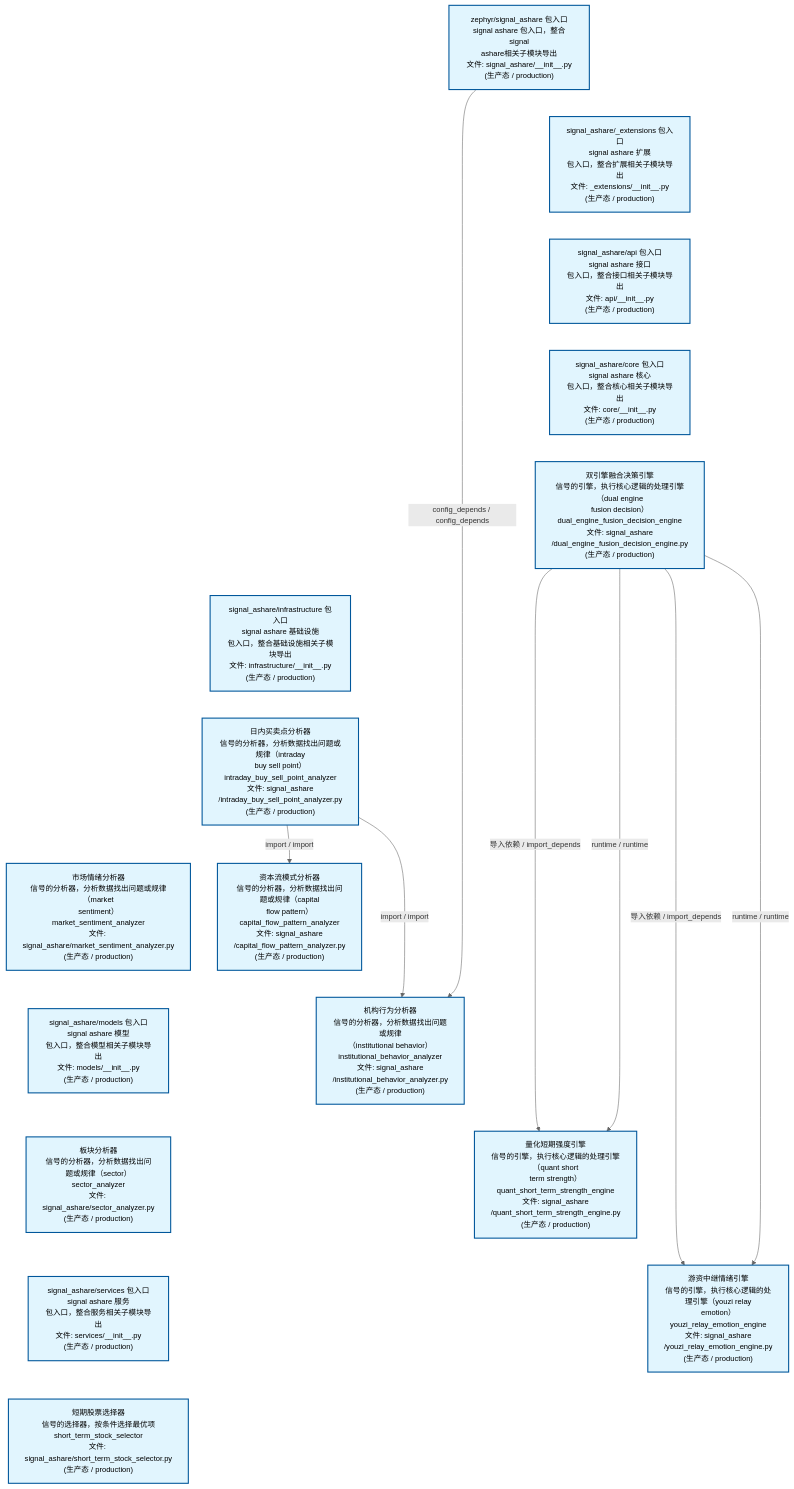
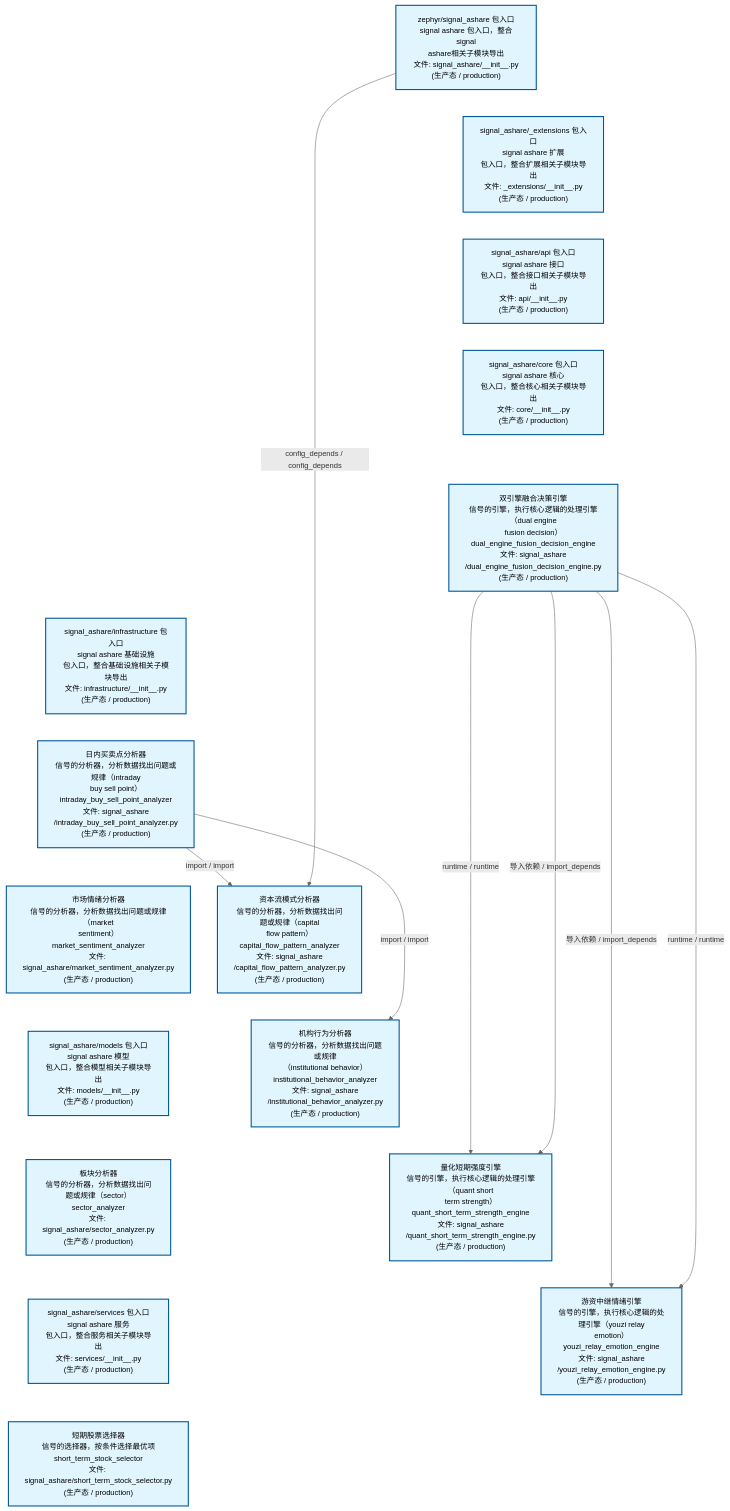
One commit to xuanFelixVan/ZephyrAlpha changed the second of 4 diagrams in docs/02_enterprise_architecture/02_domain_architecture_docs/32_d_ashare_signal.md. Above: the diagram before and after it, drawn with Mermaid. The commit also changed other lines of this file and 41 other files, not shown here.

````diff
--- a/docs/02_enterprise_architecture/02_domain_architecture_docs/32_d_ashare_signal.md
+++ b/docs/02_enterprise_architecture/02_domain_architecture_docs/32_d_ashare_signal.md
@@ -112,46 +112,46 @@
 ```mermaid
 %%{init: {'theme': 'base', 'themeVariables': {'primaryColor': '#eaeaea', 'primaryTextColor': '#333333', 'primaryBorderColor': '#666666', 'lineColor': '#666666', 'secondaryColor': '#eaeaea', 'tertiaryColor': '#eaeaea', 'fontSize': '14px'}}}%%
 flowchart TD
     src_zephyr_signal_ashare_init_py["zephyr/signal_ashare 包入口<br/>signal ashare 包入口，整合signal<br/>ashare相关子模块导出<br/>文件: signal_ashare/__init__.py<br/>(生产态 / production)"]
     src_zephyr_signal_ashare_extensions_init_py["signal_ashare/_extensions 包入口<br/>signal ashare 扩展<br/>包入口，整合扩展相关子模块导出<br/>文件: _extensions/__init__.py<br/>(生产态 / production)"]
     src_zephyr_signal_ashare_api_init_py["signal_ashare/api 包入口<br/>signal ashare 接口<br/>包入口，整合接口相关子模块导出<br/>文件: api/__init__.py<br/>(生产态 / production)"]
     src_zephyr_signal_ashare_core_init_py["signal_ashare/core 包入口<br/>signal ashare 核心<br/>包入口，整合核心相关子模块导出<br/>文件: core/__init__.py<br/>(生产态 / production)"]
     src_zephyr_signal_ashare_dual_engine_fusion_decision_engine_py["双引擎融合决策引擎<br/>信号的引擎，执行核心逻辑的处理引擎（dual engine<br/>fusion decision）<br/>dual_engine_fusion_decision_engine<br/>文件: signal_ashare<br/>/dual_engine_fusion_decision_engine.py<br/>(生产态 / production)"]
     src_zephyr_signal_ashare_infrastructure_init_py["signal_ashare/infrastructure 包入口<br/>signal ashare 基础设施<br/>包入口，整合基础设施相关子模块导出<br/>文件: infrastructure/__init__.py<br/>(生产态 / production)"]
     src_zephyr_signal_ashare_intraday_buy_sell_point_analyzer_py["日内买卖点分析器<br/>信号的分析器，分析数据找出问题或规律（intraday<br/>buy sell point）<br/>intraday_buy_sell_point_analyzer<br/>文件: signal_ashare<br/>/intraday_buy_sell_point_analyzer.py<br/>(生产态 / production)"]
     src_zephyr_signal_ashare_market_sentiment_analyzer_py["市场情绪分析器<br/>信号的分析器，分析数据找出问题或规律（market<br/>sentiment）<br/>market_sentiment_analyzer<br/>文件: signal_ashare/market_sentiment_analyzer.py<br/>(生产态 / production)"]
     src_zephyr_signal_ashare_models_init_py["signal_ashare/models 包入口<br/>signal ashare 模型<br/>包入口，整合模型相关子模块导出<br/>文件: models/__init__.py<br/>(生产态 / production)"]
     src_zephyr_signal_ashare_sector_analyzer_py["板块分析器<br/>信号的分析器，分析数据找出问题或规律（sector）<br/>sector_analyzer<br/>文件: signal_ashare/sector_analyzer.py<br/>(生产态 / production)"]
     src_zephyr_signal_ashare_services_init_py["signal_ashare/services 包入口<br/>signal ashare 服务<br/>包入口，整合服务相关子模块导出<br/>文件: services/__init__.py<br/>(生产态 / production)"]
     src_zephyr_signal_ashare_short_term_stock_selector_py["短期股票选择器<br/>信号的选择器，按条件选择最优项<br/>short_term_stock_selector<br/>文件: signal_ashare/short_term_stock_selector.py<br/>(生产态 / production)"]
     src_zephyr_signal_ashare_init_py ~~~ src_zephyr_signal_ashare_extensions_init_py
     src_zephyr_signal_ashare_extensions_init_py ~~~ src_zephyr_signal_ashare_api_init_py
     src_zephyr_signal_ashare_api_init_py ~~~ src_zephyr_signal_ashare_core_init_py
     src_zephyr_signal_ashare_core_init_py ~~~ src_zephyr_signal_ashare_dual_engine_fusion_decision_engine_py
     src_zephyr_signal_ashare_dual_engine_fusion_decision_engine_py ~~~ src_zephyr_signal_ashare_infrastructure_init_py
     src_zephyr_signal_ashare_infrastructure_init_py ~~~ src_zephyr_signal_ashare_intraday_buy_sell_point_analyzer_py
     src_zephyr_signal_ashare_intraday_buy_sell_point_analyzer_py ~~~ src_zephyr_signal_ashare_market_sentiment_analyzer_py
     src_zephyr_signal_ashare_market_sentiment_analyzer_py ~~~ src_zephyr_signal_ashare_models_init_py
     src_zephyr_signal_ashare_models_init_py ~~~ src_zephyr_signal_ashare_sector_analyzer_py
     src_zephyr_signal_ashare_sector_analyzer_py ~~~ src_zephyr_signal_ashare_services_init_py
     src_zephyr_signal_ashare_services_init_py ~~~ src_zephyr_signal_ashare_short_term_stock_selector_py
     src_zephyr_signal_ashare_capital_flow_pattern_analyzer_py["资本流模式分析器<br/>信号的分析器，分析数据找出问题或规律（capital<br/>flow pattern）<br/>capital_flow_pattern_analyzer<br/>文件: signal_ashare<br/>/capital_flow_pattern_analyzer.py<br/>(生产态 / production)"]
     src_zephyr_signal_ashare_institutional_behavior_analyzer_py["机构行为分析器<br/>信号的分析器，分析数据找出问题或规律<br/>（institutional behavior）<br/>institutional_behavior_analyzer<br/>文件: signal_ashare<br/>/institutional_behavior_analyzer.py<br/>(生产态 / production)"]
     src_zephyr_signal_ashare_quant_short_term_strength_engine_py["量化短期强度引擎<br/>信号的引擎，执行核心逻辑的处理引擎（quant short<br/>term strength）<br/>quant_short_term_strength_engine<br/>文件: signal_ashare<br/>/quant_short_term_strength_engine.py<br/>(生产态 / production)"]
     src_zephyr_signal_ashare_youzi_relay_emotion_engine_py["游资中继情绪引擎<br/>信号的引擎，执行核心逻辑的处理引擎（youzi relay<br/>emotion）<br/>youzi_relay_emotion_engine<br/>文件: signal_ashare<br/>/youzi_relay_emotion_engine.py<br/>(生产态 / production)"]
     src_zephyr_signal_ashare_capital_flow_pattern_analyzer_py ~~~ src_zephyr_signal_ashare_institutional_behavior_analyzer_py
     src_zephyr_signal_ashare_institutional_behavior_analyzer_py ~~~ src_zephyr_signal_ashare_quant_short_term_strength_engine_py
     src_zephyr_signal_ashare_quant_short_term_strength_engine_py ~~~ src_zephyr_signal_ashare_youzi_relay_emotion_engine_py
+    src_zephyr_signal_ashare_intraday_buy_sell_point_analyzer_py -->|import / import| src_zephyr_signal_ashare_capital_flow_pattern_analyzer_py
+    src_zephyr_signal_ashare_intraday_buy_sell_point_analyzer_py -->|import / import| src_zephyr_signal_ashare_institutional_behavior_analyzer_py
+    src_zephyr_signal_ashare_dual_engine_fusion_decision_engine_py -->|runtime / runtime| src_zephyr_signal_ashare_quant_short_term_strength_engine_py
+    src_zephyr_signal_ashare_dual_engine_fusion_decision_engine_py -->|导入依赖 / import_depends| src_zephyr_signal_ashare_quant_short_term_strength_engine_py
     src_zephyr_signal_ashare_dual_engine_fusion_decision_engine_py -->|导入依赖 / import_depends| src_zephyr_signal_ashare_youzi_relay_emotion_engine_py
     src_zephyr_signal_ashare_dual_engine_fusion_decision_engine_py -->|runtime / runtime| src_zephyr_signal_ashare_youzi_relay_emotion_engine_py
-    src_zephyr_signal_ashare_dual_engine_fusion_decision_engine_py -->|导入依赖 / import_depends| src_zephyr_signal_ashare_quant_short_term_strength_engine_py
-    src_zephyr_signal_ashare_dual_engine_fusion_decision_engine_py -->|runtime / runtime| src_zephyr_signal_ashare_quant_short_term_strength_engine_py
-    src_zephyr_signal_ashare_intraday_buy_sell_point_analyzer_py -->|import / import| src_zephyr_signal_ashare_institutional_behavior_analyzer_py
-    src_zephyr_signal_ashare_intraday_buy_sell_point_analyzer_py -->|import / import| src_zephyr_signal_ashare_capital_flow_pattern_analyzer_py
-    src_zephyr_signal_ashare_init_py -->|config_depends / config_depends| src_zephyr_signal_ashare_institutional_behavior_analyzer_py
+    src_zephyr_signal_ashare_init_py -->|config_depends / config_depends| src_zephyr_signal_ashare_capital_flow_pattern_analyzer_py
     classDef production fill:#e1f5fe,stroke:#01579b,stroke-width:2px,color:#000
     classDef design fill:#fff3e0,stroke:#e65100,stroke-width:2px,color:#000,stroke-dasharray: 5 5
     classDef external_prod fill:#e8f4fd,stroke:#0277bd,stroke-width:1px,color:#000
     classDef external_design fill:#fff8e7,stroke:#ef6c00,stroke-width:1px,color:#000,stroke-dasharray: 5 5
     class src_zephyr_signal_ashare_init_py,src_zephyr_signal_ashare_extensions_init_py,src_zephyr_signal_ashare_api_init_py,src_zephyr_signal_ashare_capital_flow_pattern_analyzer_py,src_zephyr_signal_ashare_core_init_py,src_zephyr_signal_ashare_dual_engine_fusion_decision_engine_py,src_zephyr_signal_ashare_infrastructure_init_py,src_zephyr_signal_ashare_institutional_behavior_analyzer_py,src_zephyr_signal_ashare_intraday_buy_sell_point_analyzer_py,src_zephyr_signal_ashare_market_sentiment_analyzer_py,src_zephyr_signal_ashare_models_init_py,src_zephyr_signal_ashare_quant_short_term_strength_engine_py,src_zephyr_signal_ashare_sector_analyzer_py,src_zephyr_signal_ashare_services_init_py,src_zephyr_signal_ashare_short_term_stock_selector_py,src_zephyr_signal_ashare_youzi_relay_emotion_engine_py production
 ```
````
